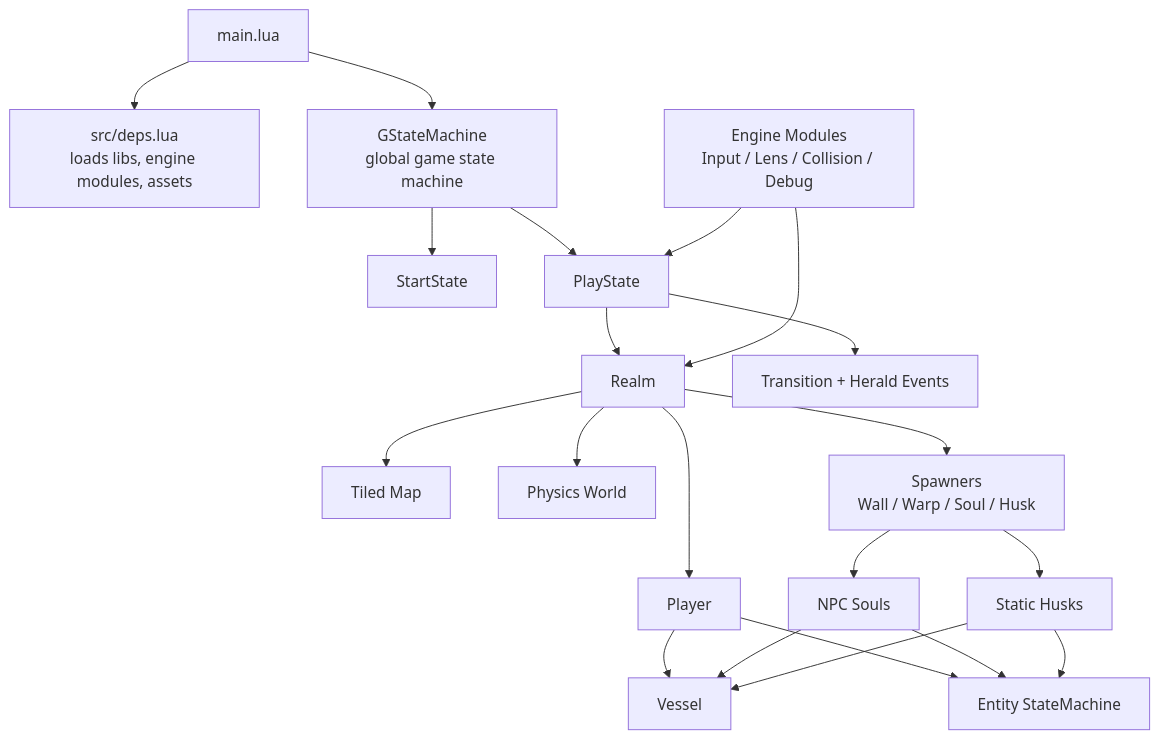
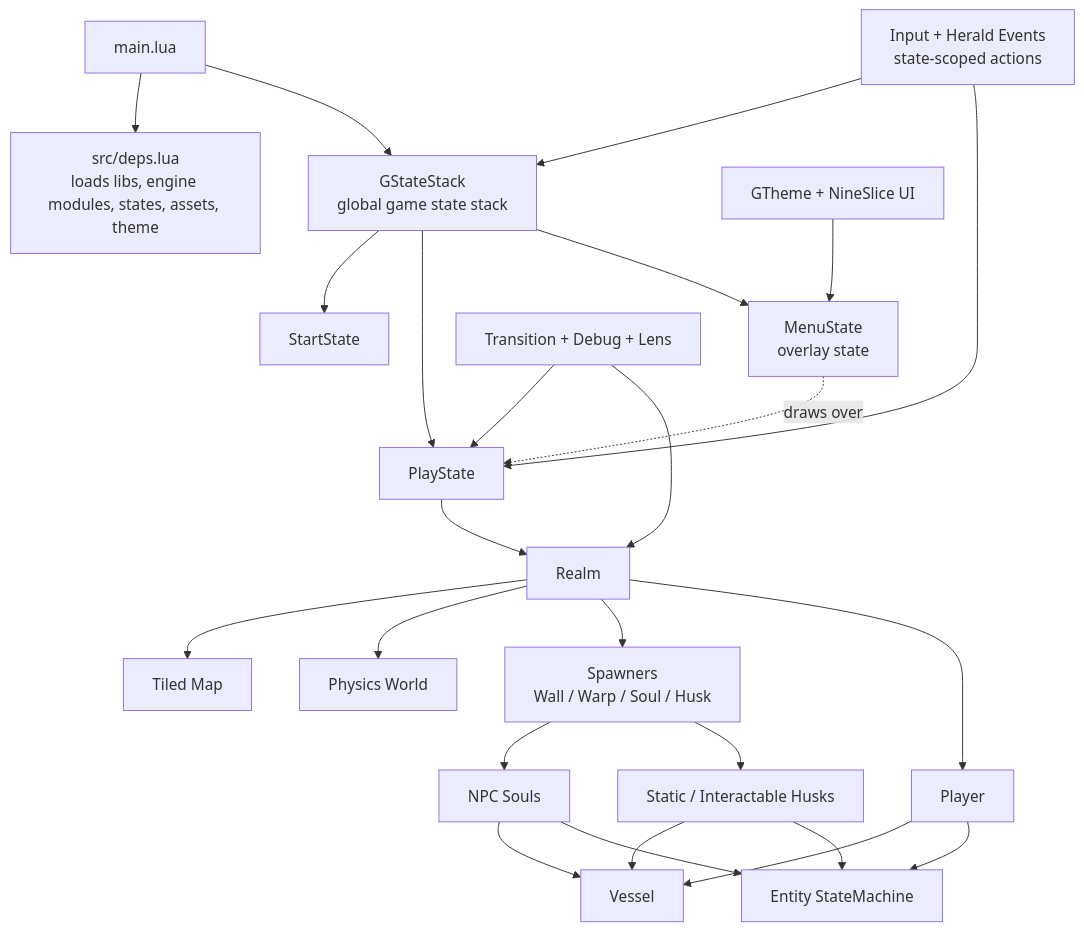
The diagram in README.md (zchrysaylor/dalbit-ninja), drawn with Mermaid before and after one commit. The commit also changed other lines of this file and 1 other file, not shown here.

Commit message:
update README and AGENTS

````diff
--- a/README.md
+++ b/README.md
@@ -11,28 +11,33 @@
 ```mermaid
 flowchart TD
-	A[main.lua] --> B[src/deps.lua<br/>loads libs, engine modules, assets]
-	A --> C[GStateMachine<br/>global game state machine]
+	A[main.lua] --> B[src/deps.lua<br/>loads libs, engine modules, states, assets, theme]
+	A --> C[GStateStack<br/>global game state stack]
 	C --> D[StartState]
 	C --> E[PlayState]
+	C --> F[MenuState<br/>overlay state]
 
-	E --> F[Realm]
-	E --> G[Transition + Herald Events]
+	G[Input + Herald Events<br/>state-scoped actions] --> C
+	G --> E
+	H[Transition + Debug + Lens] --> E
+	H --> I[Realm]
 
-	F --> H[Tiled Map]
-	F --> I[Physics World]
-	F --> J[Spawners<br/>Wall / Warp / Soul / Husk]
-	F --> K[Player]
-	J --> L[NPC Souls]
-	J --> M[Static Husks]
+	E --> I[Realm]
+	F -.draws over.-> E
 
-	K --> N[Vessel]
-	L --> N
-	M --> N
+	I --> J[Tiled Map]
+	I --> K[Physics World]
+	I --> L[Spawners<br/>Wall / Warp / Soul / Husk]
+	I --> M[Player]
+	L --> N[NPC Souls]
+	L --> O[Static / Interactable Husks]
 
-	K --> O[Entity StateMachine]
-	L --> O
-	M --> O
+	M --> P[Vessel]
+	N --> P
+	O --> P
 
-	P[Engine Modules<br/>Input / Lens / Collision / Debug] --> E
-	P --> F
+	M --> Q[Entity StateMachine]
+	N --> Q
+	O --> Q
+
+	R[GTheme + NineSlice UI] --> F
 ```
````
